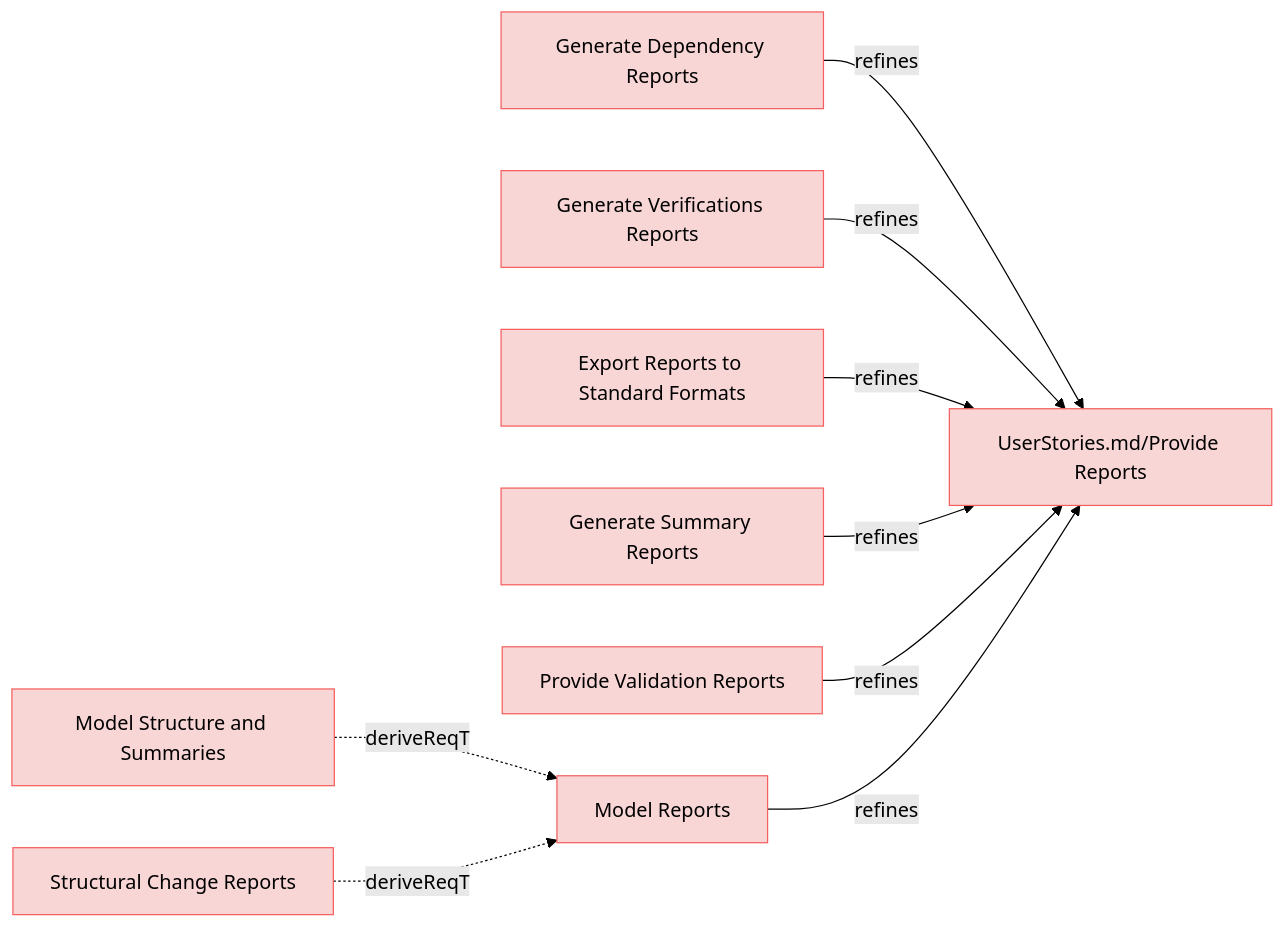
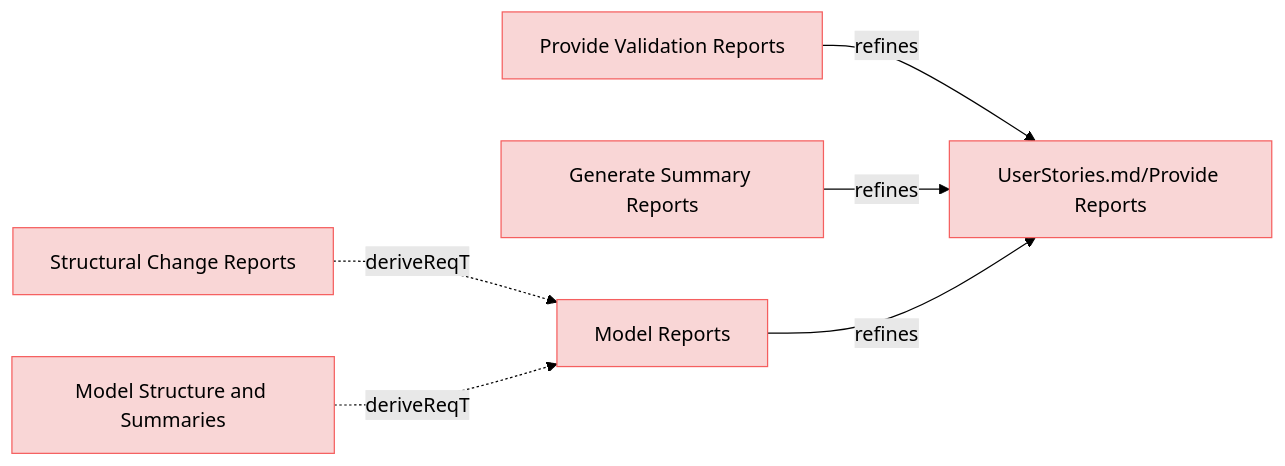
Before and after one commit to reqvire-org/reqvire: the fifth of 9 diagrams in specifications/UserRequirements.md, drawn with Mermaid (forest theme). The commit also changed other lines of this file and 17 other files, not shown here.

First line of the commit message:
Enhance diagram links with stable git repository URLs

````diff
--- a/specifications/UserRequirements.md
+++ b/specifications/UserRequirements.md
@@ -369,44 +369,32 @@
 ```mermaid
 graph LR;
   %% Graph styling
   classDef requirement fill:#f9d6d6,stroke:#f55f5f,stroke-width:1px;
   classDef verification fill:#d6f9d6,stroke:#5fd75f,stroke-width:1px;
   classDef externalLink fill:#d0e0ff,stroke:#3080ff,stroke-width:1px;
   classDef default fill:#f5f5f5,stroke:#333333,stroke-width:1px;
 
-  812d42f453051272["Generate Dependency Reports"];
-  click 812d42f453051272 "UserRequirements.md#generate-dependency-reports";
-  class 812d42f453051272 requirement;
+  482c757913204fb8["Provide Validation Reports"];
+  click 482c757913204fb8 "https://github.com/ilijaljubicic/ReqFlow/blob/a94231473c9a4a56fe21608ebd13787e0cc3f2dc/specifications/UserRequirements.md#provide-validation-reports";
+  class 482c757913204fb8 requirement;
   fe32882ee273e24d["UserStories.md/Provide Reports"];
   class fe32882ee273e24d requirement;
-  click fe32882ee273e24d "UserStories.md#provide-reports";
-  812d42f453051272 -->|refines| fe32882ee273e24d;
-  d0e9e8d143493413["Generate Verifications Reports"];
-  click d0e9e8d143493413 "UserRequirements.md#generate-verifications-reports";
-  class d0e9e8d143493413 requirement;
-  d0e9e8d143493413 -->|refines| fe32882ee273e24d;
-  b342220e0dc8751d["Model Structure and Summaries"];
-  click b342220e0dc8751d "UserRequirements.md#model-structure-and-summaries";
-  class b342220e0dc8751d requirement;
+  click fe32882ee273e24d "https://github.com/ilijaljubicic/ReqFlow/blob/a94231473c9a4a56fe21608ebd13787e0cc3f2dc/specifications/UserStories.md#provide-reports";
+  482c757913204fb8 -->|refines| fe32882ee273e24d;
+  32850509a034b0ee["Structural Change Reports"];
+  click 32850509a034b0ee "https://github.com/ilijaljubicic/ReqFlow/blob/a94231473c9a4a56fe21608ebd13787e0cc3f2dc/specifications/UserRequirements.md#structural-change-reports";
+  class 32850509a034b0ee requirement;
   f8e7625d29ff6e01["Model Reports"];
   class f8e7625d29ff6e01 requirement;
-  click f8e7625d29ff6e01 "UserRequirements.md#model-reports";
-  b342220e0dc8751d -.->|deriveReqT| f8e7625d29ff6e01;
-  2afa7f3a206a61b7["Export Reports to Standard Formats"];
-  click 2afa7f3a206a61b7 "UserRequirements.md#export-reports-to-standard-formats";
-  class 2afa7f3a206a61b7 requirement;
-  2afa7f3a206a61b7 -->|refines| fe32882ee273e24d;
+  click f8e7625d29ff6e01 "https://github.com/ilijaljubicic/ReqFlow/blob/a94231473c9a4a56fe21608ebd13787e0cc3f2dc/specifications/UserRequirements.md#model-reports";
+  32850509a034b0ee -.->|deriveReqT| f8e7625d29ff6e01;
   596c459d31db2976["Generate Summary Reports"];
-  click 596c459d31db2976 "UserRequirements.md#generate-summary-reports";
+  click 596c459d31db2976 "https://github.com/ilijaljubicic/ReqFlow/blob/a94231473c9a4a56fe21608ebd13787e0cc3f2dc/specifications/UserRequirements.md#generate-summary-reports";
   class 596c459d31db2976 requirement;
   596c459d31db2976 -->|refines| fe32882ee273e24d;
-  482c757913204fb8["Provide Validation Reports"];
-  click 482c757913204fb8 "UserRequirements.md#provide-validation-reports";
-  class 482c757913204fb8 requirement;
-  482c757913204fb8 -->|refines| fe32882ee273e24d;
-  32850509a034b0ee["Structural Change Reports"];
-  click 32850509a034b0ee "UserRequirements.md#structural-change-reports";
-  class 32850509a034b0ee requirement;
-  32850509a034b0ee -.->|deriveReqT| f8e7625d29ff6e01;
+  b342220e0dc8751d["Model Structure and Summaries"];
+  click b342220e0dc8751d "https://github.com/ilijaljubicic/ReqFlow/blob/a94231473c9a4a56fe21608ebd13787e0cc3f2dc/specifications/UserRequirements.md#model-structure-and-summaries";
+  class b342220e0dc8751d requirement;
+  b342220e0dc8751d -.->|deriveReqT| f8e7625d29ff6e01;
   f8e7625d29ff6e01 -->|refines| fe32882ee273e24d;
 ```
````
